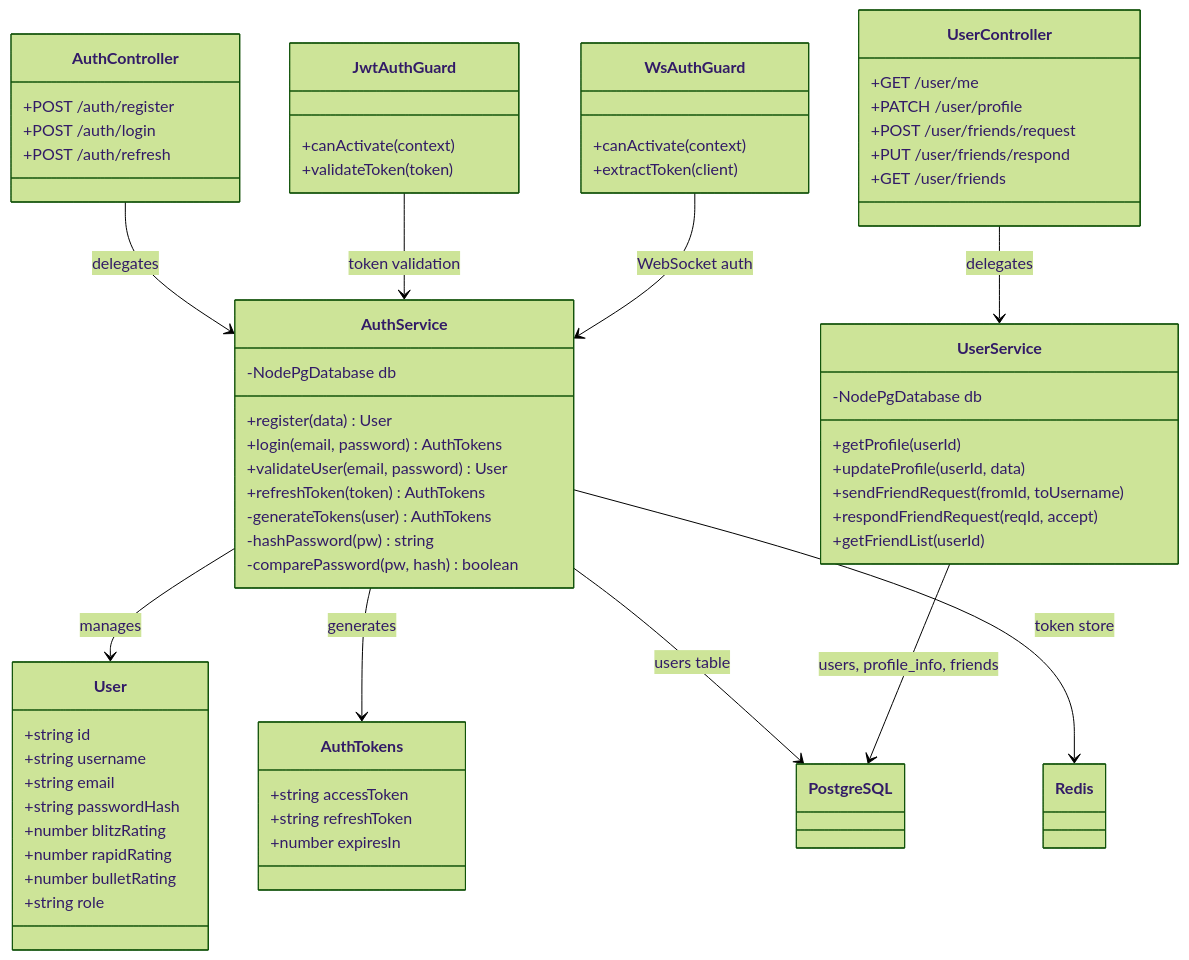
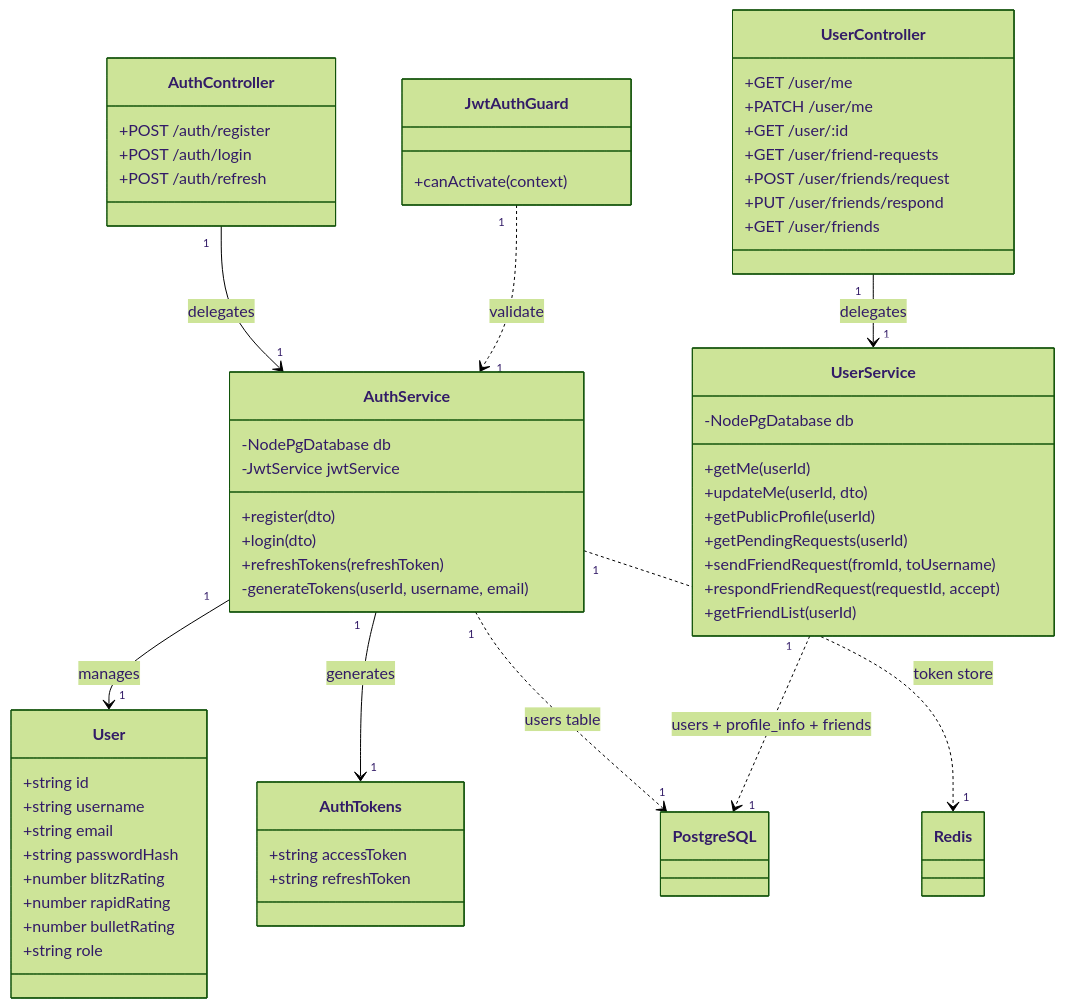
One commit to legiabao0907/web-chess-real-time changed the sixth of 10 diagrams in docs/class-and-package-diagrams.md. Above: the diagram before and after it, drawn with Mermaid (forest theme). The commit also changed other lines of this file, not shown here.

````diff
--- a/docs/class-and-package-diagrams.md
+++ b/docs/class-and-package-diagrams.md
@@ -573,75 +867,72 @@
 ```mermaid
 classDiagram
     direction TB
 
     class AuthController {
         +POST /auth/register
         +POST /auth/login
         +POST /auth/refresh
     }
 
     class AuthService {
         -NodePgDatabase db
-        +register(data) User
-        +login(email, password) AuthTokens
-        +validateUser(email, password) User
-        +refreshToken(token) AuthTokens
-        -generateTokens(user) AuthTokens
-        -hashPassword(pw) string
-        -comparePassword(pw, hash) boolean
+        -JwtService jwtService
+        +register(dto)
+        +login(dto)
+        +refreshTokens(refreshToken)
+        -generateTokens(userId, username, email)
     }
 
     class UserController {
         +GET /user/me
-        +PATCH /user/profile
+        +PATCH /user/me
+        +GET /user/:id
+        +GET /user/friend-requests
         +POST /user/friends/request
         +PUT /user/friends/respond
         +GET /user/friends
     }
 
     class UserService {
         -NodePgDatabase db
-        +getProfile(userId)
-        +updateProfile(userId, data)
+        +getMe(userId)
+        +updateMe(userId, dto)
+        +getPublicProfile(userId)
+        +getPendingRequests(userId)
         +sendFriendRequest(fromId, toUsername)
-        +respondFriendRequest(reqId, accept)
+        +respondFriendRequest(requestId, accept)
         +getFriendList(userId)
     }
 
     class JwtAuthGuard {
         +canActivate(context)
-        +validateToken(token)
-    }
-
-    class WsAuthGuard {
-        +canActivate(context)
-        +extractToken(client)
     }
 
     class User {
         +string id
         +string username
         +string email
         +string passwordHash
         +number blitzRating
         +number rapidRating
         +number bulletRating
         +string role
     }
 
     class AuthTokens {
         +string accessToken
         +string refreshToken
-        +number expiresIn
     }
 
-    AuthController --> AuthService : delegates
-    UserController --> UserService : delegates
-    AuthService --> User : manages
-    AuthService --> AuthTokens : generates
-    AuthService --> PostgreSQL : users table
-    AuthService --> Redis : token store
-    UserService --> PostgreSQL : users, profile_info, friends
-    JwtAuthGuard --> AuthService : token validation
-    WsAuthGuard --> AuthService : WebSocket auth
+    AuthController "1" --> "1" AuthService : delegates
+    UserController "1" --> "1" UserService : delegates
+
+    AuthService "1" --> "1" User : manages
+    AuthService "1" --> "1" AuthTokens : generates
+    AuthService "1" ..> "1" PostgreSQL : users table
+    AuthService "1" ..> "1" Redis : token store
+
+    UserService "1" ..> "1" PostgreSQL : users + profile_info + friends
+
+    JwtAuthGuard "1" ..> "1" AuthService : validate
 ```
````
